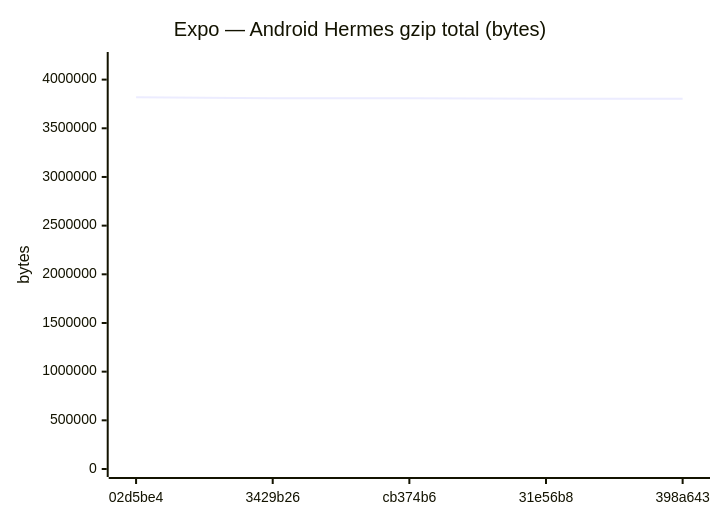
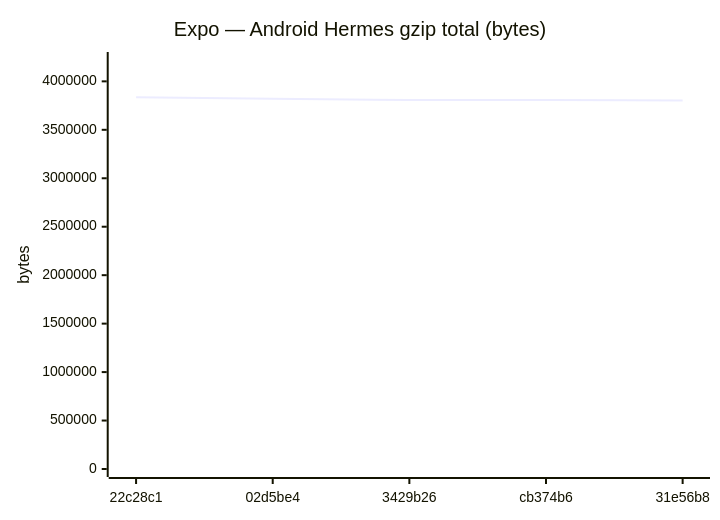
Diagram 11 of 18 in benchmarks/compare.md (Metaheurist/Rianell), drawn with Mermaid before and after one commit. The commit also changed other lines of this file and 11 other files, not shown here.

````diff
--- a/benchmarks/compare.md
+++ b/benchmarks/compare.md
@@ -172,7 +172,7 @@
 ```mermaid
 xychart-beta
     title "Expo — Android Hermes gzip total (bytes)"
-    x-axis ["02d5be4", "3429b26", "cb374b6", "31e56b8", "398a643"]
-    y-axis "bytes" 0 --> 4201489
-    line [3819535, 3807947, 3807947, 3802529, 3802528]
+    x-axis ["22c28c1", "02d5be4", "3429b26", "cb374b6", "31e56b8"]
+    y-axis "bytes" 0 --> 4220310
+    line [3836645, 3819535, 3807947, 3807947, 3802529]
 ```
````
